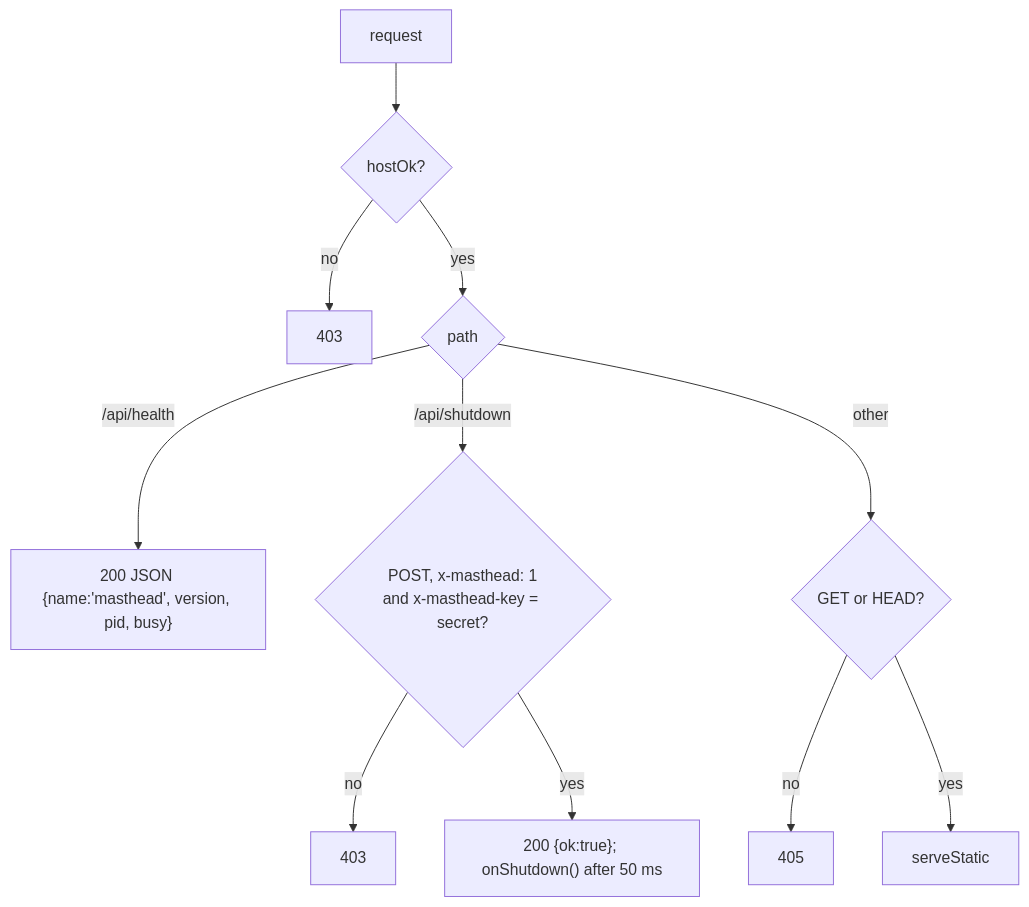
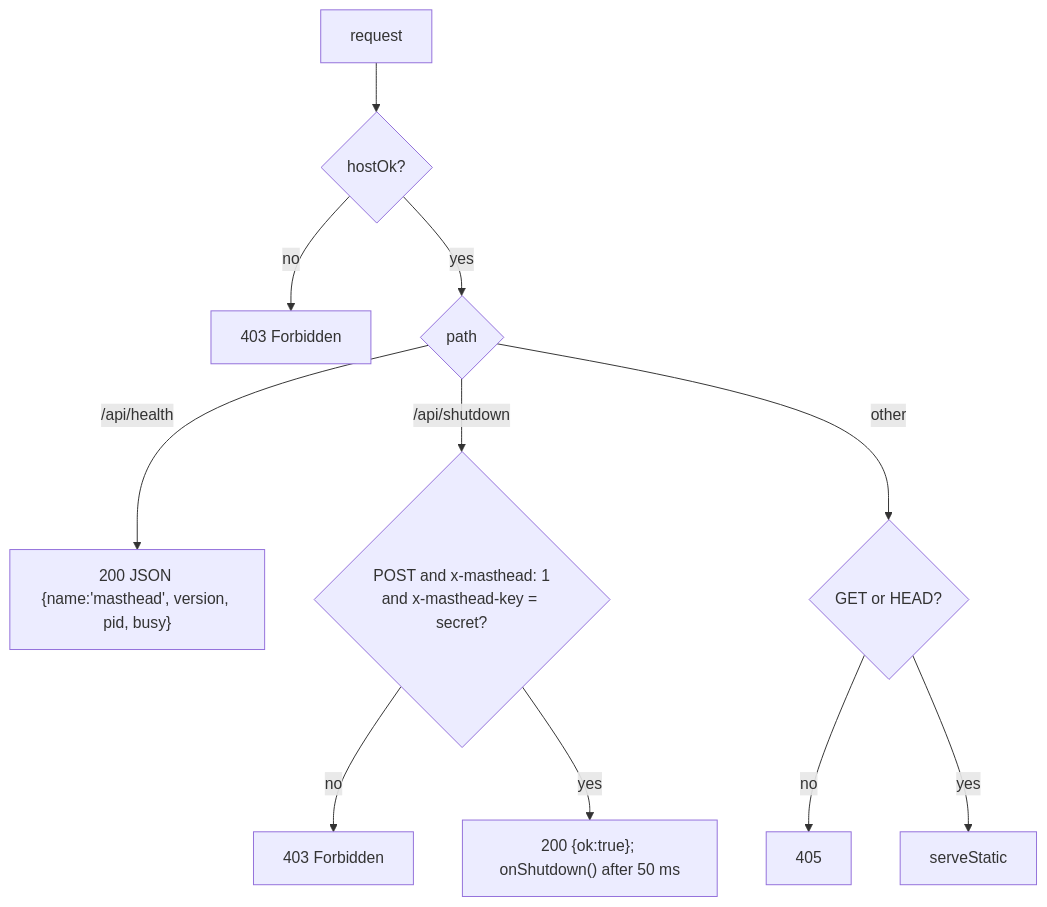
The diagram in docs/wiki/Source-Http.md (Luxorium/masthead), drawn with Mermaid before and after one commit. The commit also changed other lines of this file and 34 other files, not shown here.

````diff
--- a/docs/wiki/Source-Http.md
+++ b/docs/wiki/Source-Http.md
@@ -17,13 +50,13 @@
 ```mermaid
 flowchart TD
   R[request] --> H{hostOk?}
-  H -- no --> F403[403]
+  H -- no --> F403[403 Forbidden]
   H -- yes --> P{path}
   P -- "/api/health" --> HE["200 JSON {name:'masthead', version, pid, busy}"]
-  P -- "/api/shutdown" --> SD{"POST, x-masthead: 1<br/>and x-masthead-key = secret?"}
-  SD -- no --> F403b[403]
+  P -- "/api/shutdown" --> SD{"POST and x-masthead: 1<br/>and x-masthead-key = secret?"}
+  SD -- no --> F403b[403 Forbidden]
   SD -- yes --> SDO["200 {ok:true}; onShutdown() after 50 ms"]
   P -- other --> M{GET or HEAD?}
   M -- no --> F405[405]
   M -- yes --> ST[serveStatic]
 ```
````
